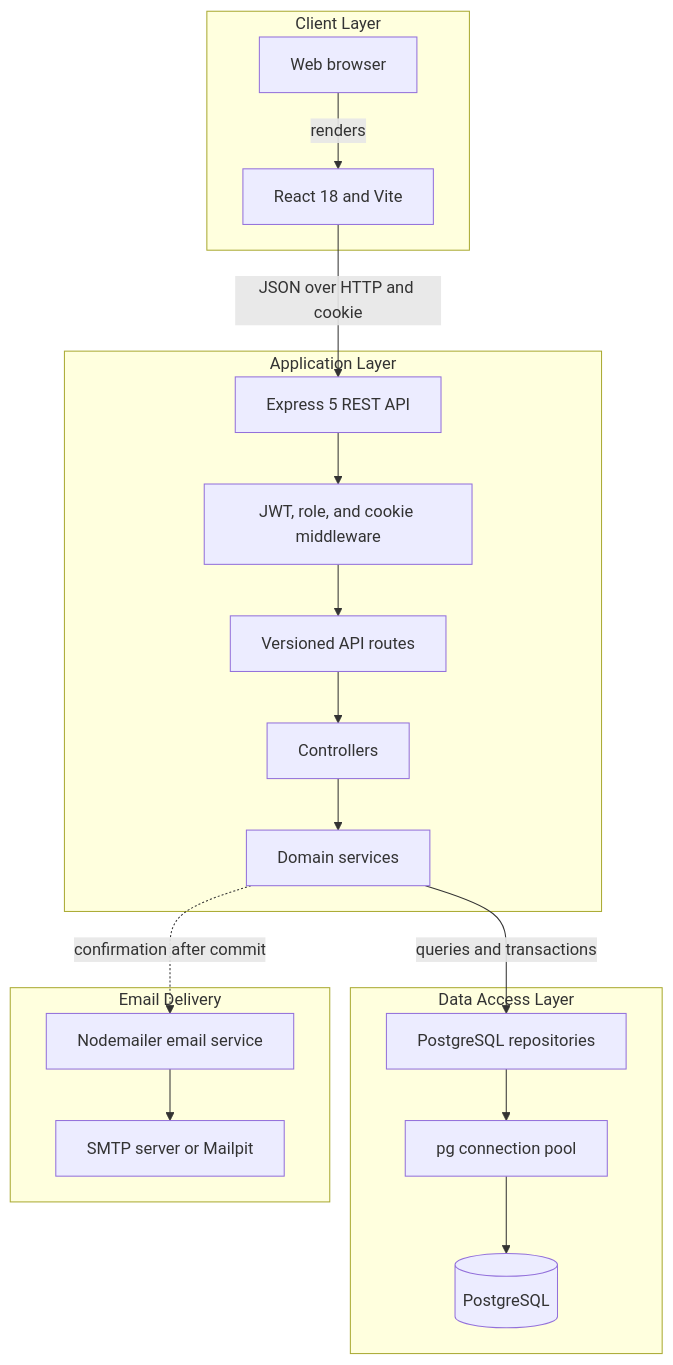
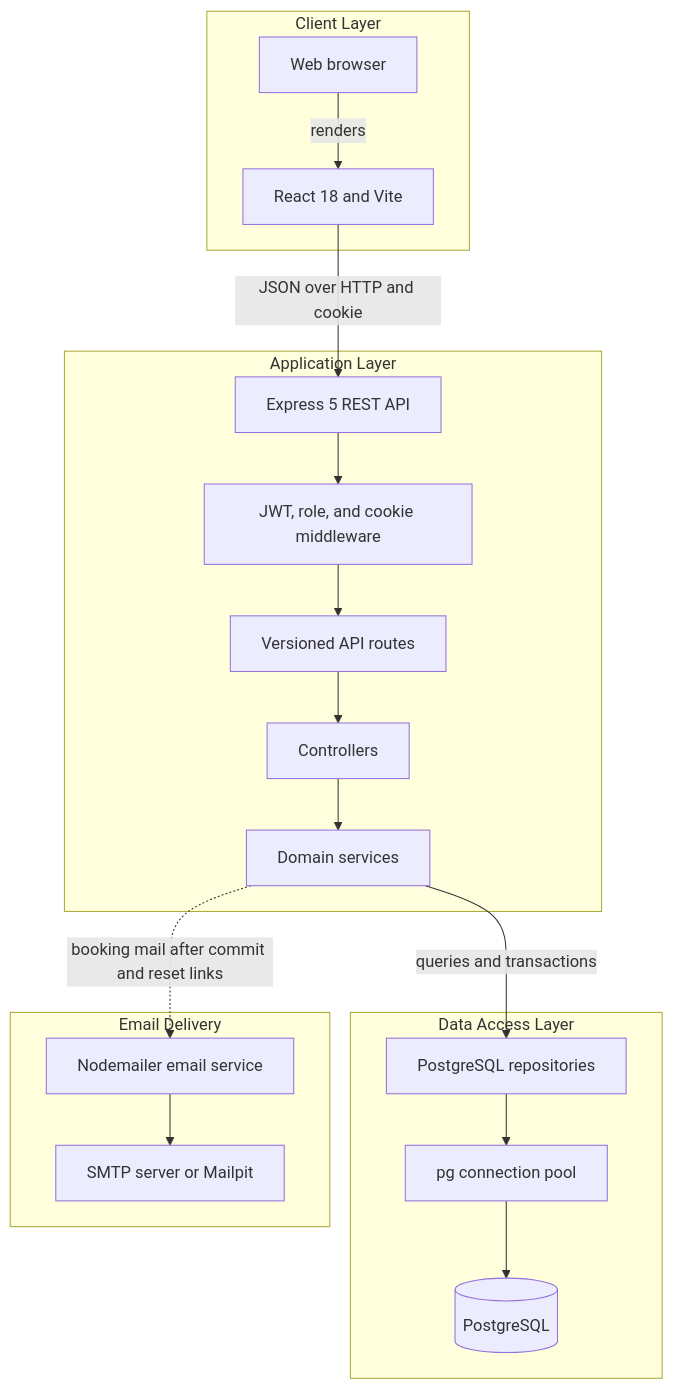
One commit to TEAM-09-SE2/SE2-MountainHut-Team09 changed the first of 2 diagrams in documentation/architecture-diagram.md. Above: the diagram before and after it, drawn with Mermaid. The commit also changed other lines of this file and 24 other files, not shown here.

````diff
--- a/documentation/architecture-diagram.md
+++ b/documentation/architecture-diagram.md
@@ -8,34 +8,34 @@
 ```mermaid
 flowchart TD
     subgraph ClientLayer["Client Layer"]
         BrowserA["Web browser"]
         FrontendA["React 18 and Vite"]
         BrowserA -->|"renders"| FrontendA
     end
     subgraph ApplicationLayer["Application Layer"]
         ExpressA["Express 5 REST API"]
         MiddlewareA["JWT, role, and cookie middleware"]
         RoutesA["Versioned API routes"]
         ControllersA["Controllers"]
         ServicesA["Domain services"]
         ExpressA --> MiddlewareA
         MiddlewareA --> RoutesA
         RoutesA --> ControllersA
         ControllersA --> ServicesA
     end
     subgraph DataLayer["Data Access Layer"]
         RepositoriesA["PostgreSQL repositories"]
         PoolA["pg connection pool"]
         DatabaseA[("PostgreSQL")]
         RepositoriesA --> PoolA
         PoolA --> DatabaseA
     end
     subgraph MessagingLayer["Email Delivery"]
         EmailA["Nodemailer email service"]
         SmtpA["SMTP server or Mailpit"]
         EmailA --> SmtpA
     end
     FrontendA -->|"JSON over HTTP and cookie"| ExpressA
     ServicesA -->|"queries and transactions"| RepositoriesA
-    ServicesA -.->|"confirmation after commit"| EmailA
+    ServicesA -.->|"booking mail after commit and reset links"| EmailA
 ```
````
